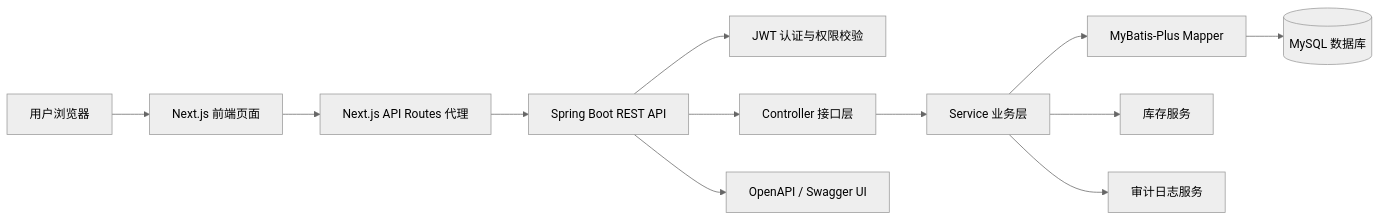
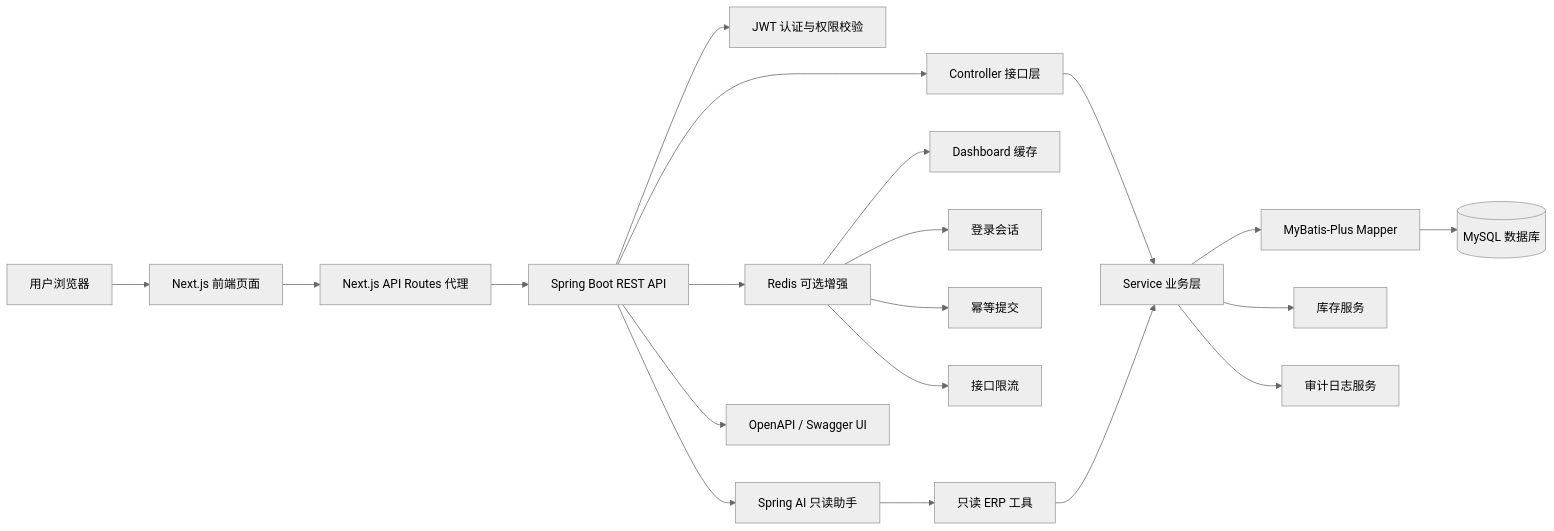
The first of 3 diagrams in docs/ARCHITECTURE.md (JiangLige/AsterFlow-ERP), drawn with Mermaid (neutral theme) before and after one commit. The commit also changed other lines of this file and 2 other files, not shown here.

````diff
--- a/docs/ARCHITECTURE.md
+++ b/docs/ARCHITECTURE.md
@@ -44,16 +46,25 @@
 ```mermaid
 flowchart LR
     Browser["用户浏览器"] --> Frontend["Next.js 前端页面"]
     Frontend --> ApiProxy["Next.js API Routes 代理"]
     ApiProxy --> Backend["Spring Boot REST API"]
 
     Backend --> Auth["JWT 认证与权限校验"]
     Backend --> Controller["Controller 接口层"]
     Controller --> Service["Service 业务层"]
     Service --> Mapper["MyBatis-Plus Mapper"]
     Mapper --> Database[("MySQL 数据库")]
 
     Service --> Inventory["库存服务"]
     Service --> Audit["审计日志服务"]
+    Backend --> Redis["Redis 可选增强"]
+    Backend --> AI["Spring AI 只读助手"]
     Backend --> OpenApi["OpenAPI / Swagger UI"]
+
+    Redis --> Cache["Dashboard 缓存"]
+    Redis --> Session["登录会话"]
+    Redis --> Idempotency["幂等提交"]
+    Redis --> RateLimit["接口限流"]
+    AI --> Tools["只读 ERP 工具"]
+    Tools --> Service
 ```
````
